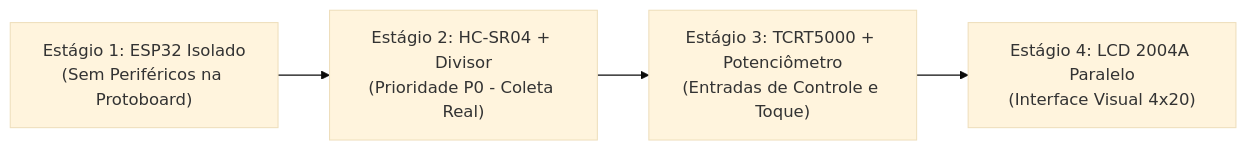
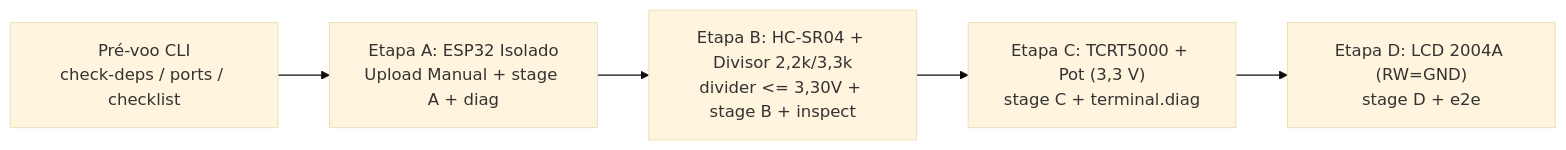
One commit to jhrvo0/ChickenLittle changed the second of 2 diagrams in docs/bench_assembly_guide.md. Above: the diagram before and after it, drawn with Mermaid (base theme). The commit also changed other lines of this file and 23 other files, not shown here.

````diff
--- a/docs/bench_assembly_guide.md
+++ b/docs/bench_assembly_guide.md
@@ -207,6 +188,7 @@
 ```mermaid
 flowchart LR
-    S1["Estágio 1: ESP32 Isolado<br/>(Sem Periféricos na Protoboard)"] --> S2["Estágio 2: HC-SR04 + Divisor<br/>(Prioridade P0 - Coleta Real)"]
-    S2 --> S3["Estágio 3: TCRT5000 + Potenciômetro<br/>(Entradas de Controle e Toque)"]
-    S3 --> S4["Estágio 4: LCD 2004A Paralelo<br/>(Interface Visual 4x20)"]
+    P["Pré-voo CLI<br/>check-deps / ports / checklist"] --> SA["Etapa A: ESP32 Isolado<br/>Upload Manual + stage A + diag"]
+    SA --> SB["Etapa B: HC-SR04 + Divisor 2,2k/3,3k<br/>divider <= 3,30V + stage B + inspect"]
+    SB --> SC["Etapa C: TCRT5000 + Pot (3,3 V)<br/>stage C + terminal.diag"]
+    SC --> SD["Etapa D: LCD 2004A (RW=GND)<br/>stage D + e2e"]
 ```
````
